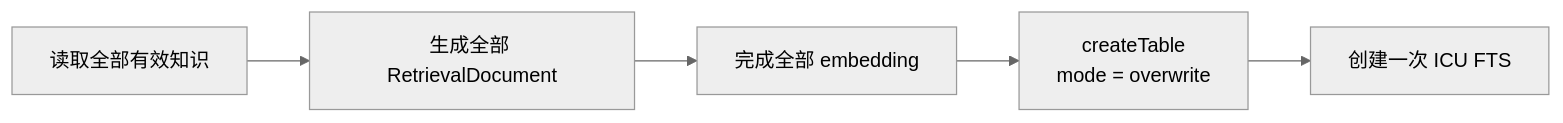
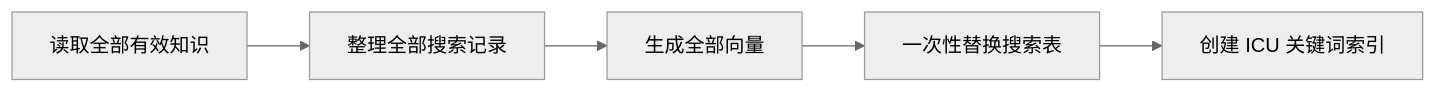
One commit to Floribunda1/reflecta changed the third of 4 diagrams in docs/references/technical/retrieval-index-sync.md. Above: the diagram before and after it, drawn with Mermaid (neutral theme). The commit also changed other lines of this file and 1 other file, not shown here.

Commit message:
docs(retrieval): explain indexing in product language

````diff
--- a/docs/references/technical/retrieval-index-sync.md
+++ b/docs/references/technical/retrieval-index-sync.md
@@ -211,7 +151,7 @@
 ```mermaid
 flowchart LR
-    Read["读取全部有效知识"] --> Project["生成全部 RetrievalDocument"]
-    Project --> Embed["完成全部 embedding"]
-    Embed --> Overwrite["createTable<br/>mode = overwrite"]
-    Overwrite --> FTS["创建一次 ICU FTS"]
+    Read["读取全部有效知识"] --> Records["整理全部搜索记录"]
+    Records --> Embedding["生成全部向量"]
+    Embedding --> Replace["一次性替换搜索表"]
+    Replace --> FTS["创建 ICU 关键词索引"]
 ```
````
